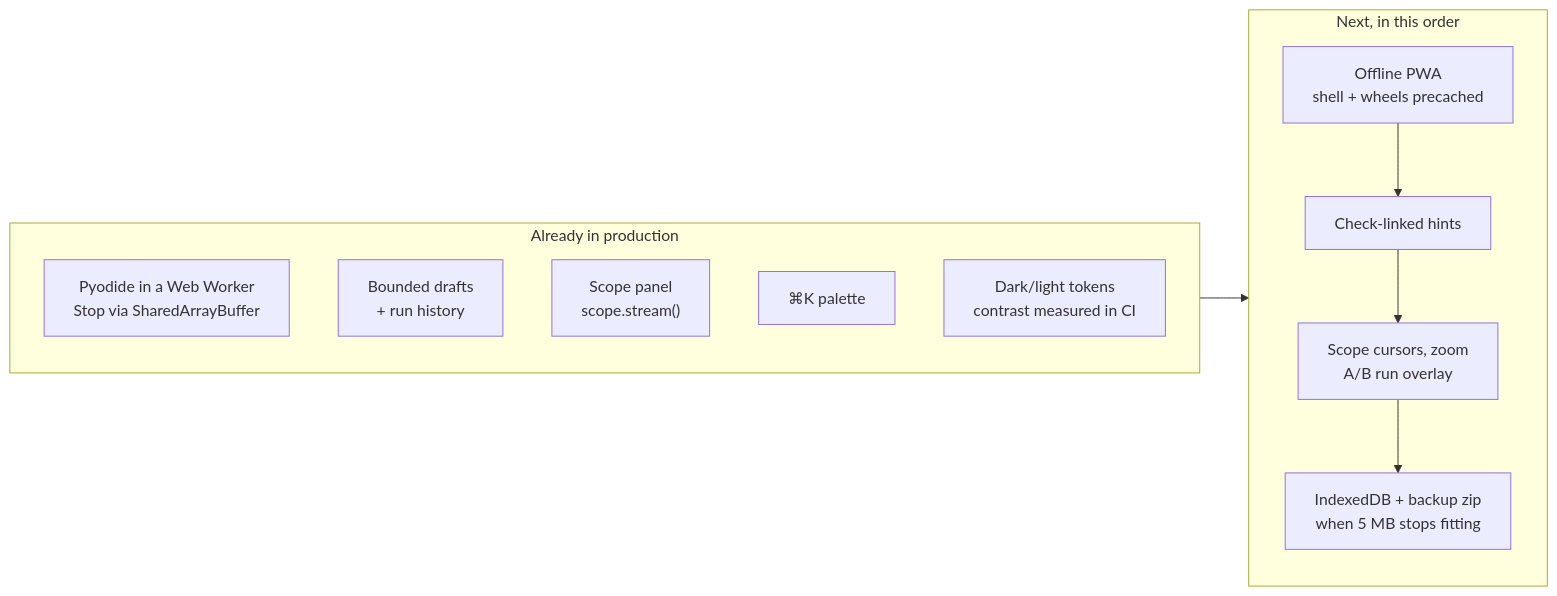
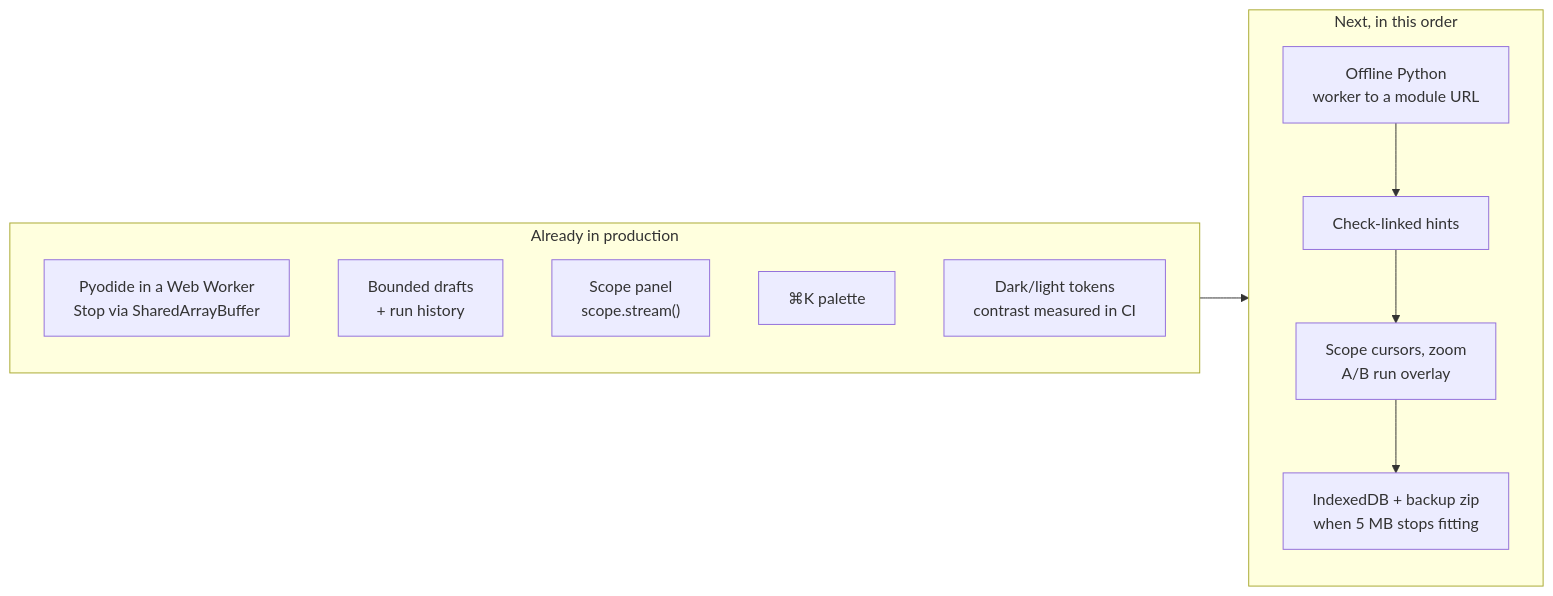
The diagram in docs/PLAN-2.0-GAP.md (TLE47/Mechatronics-Roadmap), drawn with Mermaid before and after one commit. The commit also changed other lines of this file and 13 other files, not shown here.

````diff
--- a/docs/PLAN-2.0-GAP.md
+++ b/docs/PLAN-2.0-GAP.md
@@ -8,16 +8,16 @@
 ```mermaid
 flowchart LR
     subgraph shipped["Already in production"]
         W["Pyodide in a Web Worker<br/>Stop via SharedArrayBuffer"]
         D["Bounded drafts<br/>+ run history"]
         S["Scope panel<br/>scope.stream()"]
         P["⌘K palette"]
         T["Dark/light tokens<br/>contrast measured in CI"]
     end
     subgraph next["Next, in this order"]
-        O["Offline PWA<br/>shell + wheels precached"] --> H["Check-linked hints"]
+        O["Offline Python<br/>worker to a module URL"] --> H["Check-linked hints"]
         H --> A["Scope cursors, zoom<br/>A/B run overlay"]
         A --> X["IndexedDB + backup zip<br/>when 5 MB stops fitting"]
     end
     shipped --> next
 ```
````
